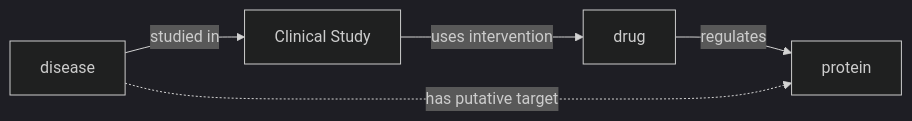
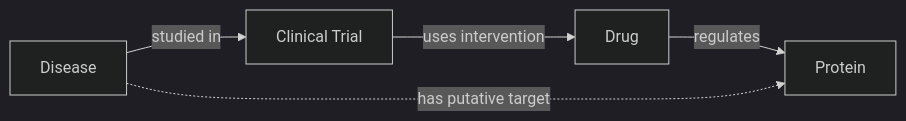
One commit to cthoyt/cthoyt.github.io changed the sixth of 7 diagrams in _posts/2025-01-23-clinical-trials-model.md. Above: the diagram before and after it, drawn with Mermaid (dark theme). The commit also changed other lines of this file, not shown here.

````diff
--- a/_posts/2025-01-23-clinical-trials-model.md
+++ b/_posts/2025-01-23-clinical-trials-model.md
@@ -532,7 +581,5 @@
 ```mermaid
 graph LR
-  disease -- studied in --> trial[Clinical Study]
-  trial -- uses intervention --> drug
-  drug -- regulates --> protein
+  disease[Disease] -- studied in --> trial[Clinical Trial] -- uses intervention --> drug[Drug] -- regulates --> protein[Protein]
   disease -. has putative target .-> protein
 ```
````
